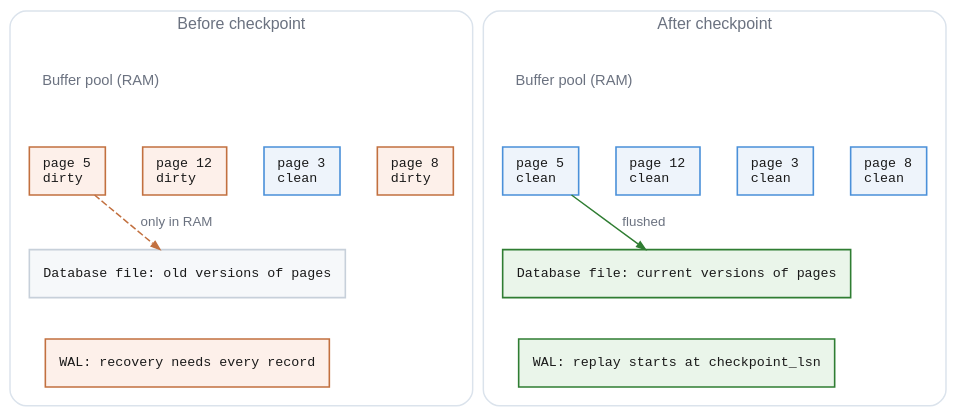
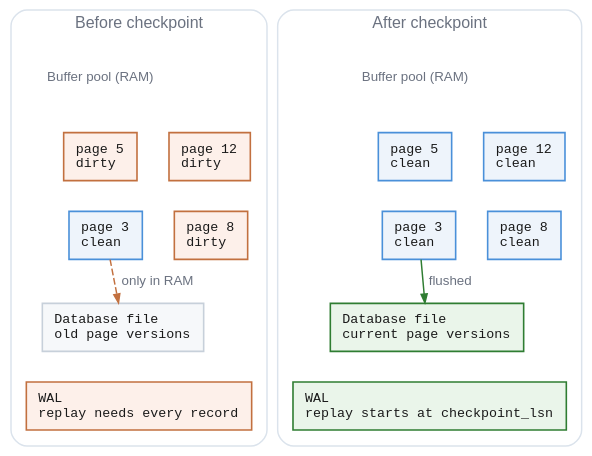
One commit to RANDOMFNP/latticedb changed the diagram in book/diagrams/checkpoint-before-after.dot. Above: the diagram before and after it, drawn with Graphviz. The commit also changed 55 other files, not shown here.

```diff
--- a/book/diagrams/checkpoint-before-after.dot
+++ b/book/diagrams/checkpoint-before-after.dot
@@ -1,58 +1,58 @@
 // A checkpoint flushes dirty frames to the database file and advances
 // checkpoint_lsn so recovery can ignore everything before it.
 digraph checkpoint_before_after {
   bgcolor="transparent"
   rankdir=TB
-  nodesep=0.2
-  ranksep=0.4
+  nodesep=0.16
+  ranksep=0.3
   fontname="Helvetica,Arial,sans-serif"
   node [shape=box style="filled" fillcolor="#eef4fb" color="#4a90d9"
         penwidth=1.2 fontname="Menlo,Consolas,monospace" fontsize=10
-        fontcolor="#1a1a1a" margin="0.14,0.10"]
+        fontcolor="#1a1a1a" margin="0.12,0.09"]
   edge [color="#6b7280" penwidth=1.1 arrowsize=0.65
         fontname="Helvetica,Arial,sans-serif" fontsize=10 fontcolor="#6b7280"]
 
   subgraph cluster_before {
     label="Before checkpoint"
     fontname="Helvetica,Arial,sans-serif" fontsize=12 fontcolor="#6b7280"
-    color="#dbe3ec" penwidth=1.1 style=rounded margin=14
+    color="#dbe3ec" penwidth=1.1 style=rounded margin=12
 
-    b_pool [label="Buffer pool (RAM)" shape=plaintext style="" fillcolor="transparent"
-            fontname="Helvetica,Arial,sans-serif" fontsize=11 fontcolor="#6b7280"]
+    b_pool [shape=plaintext style="" fillcolor="transparent" label="Buffer pool (RAM)"
+            fontname="Helvetica,Arial,sans-serif" fontsize=10 fontcolor="#6b7280"]
     b5  [label="page 5\ldirty\l"  fillcolor="#fdf0ea" color="#c2703f"]
     b12 [label="page 12\ldirty\l" fillcolor="#fdf0ea" color="#c2703f"]
     b3  [label="page 3\lclean\l"]
     b8  [label="page 8\ldirty\l"  fillcolor="#fdf0ea" color="#c2703f"]
-    { rank=same; b5 -> b12 -> b3 -> b8 [style=invis] }
+    { rank=same; b5 -> b12 [style=invis] }
+    { rank=same; b3 -> b8 [style=invis] }
     b_pool -> b5 [style=invis]
+    b5 -> b3 [style=invis]
 
-    b_file [label="Database file: old versions of pages"
-            fillcolor="#f6f8fa" color="#c7d0da"]
-    b_wal  [label="WAL: recovery needs every record"
-            fillcolor="#fdf0ea" color="#c2703f"]
-    b5 -> b_file [label="  only in RAM" color="#c2703f" style=dashed]
+    b_file [label="Database file\lold page versions\l" fillcolor="#f6f8fa" color="#c7d0da"]
+    b_wal  [label="WAL\lreplay needs every record\l" fillcolor="#fdf0ea" color="#c2703f"]
+    b3 -> b_file [label="  only in RAM" color="#c2703f" style=dashed]
     b_file -> b_wal [style=invis]
   }
 
   subgraph cluster_after {
     label="After checkpoint"
     fontname="Helvetica,Arial,sans-serif" fontsize=12 fontcolor="#6b7280"
-    color="#dbe3ec" penwidth=1.1 style=rounded margin=14
+    color="#dbe3ec" penwidth=1.1 style=rounded margin=12
 
-    a_pool [label="Buffer pool (RAM)" shape=plaintext style="" fillcolor="transparent"
-            fontname="Helvetica,Arial,sans-serif" fontsize=11 fontcolor="#6b7280"]
+    a_pool [shape=plaintext style="" fillcolor="transparent" label="Buffer pool (RAM)"
+            fontname="Helvetica,Arial,sans-serif" fontsize=10 fontcolor="#6b7280"]
     a5  [label="page 5\lclean\l"]
     a12 [label="page 12\lclean\l"]
     a3  [label="page 3\lclean\l"]
     a8  [label="page 8\lclean\l"]
-    { rank=same; a5 -> a12 -> a3 -> a8 [style=invis] }
+    { rank=same; a5 -> a12 [style=invis] }
+    { rank=same; a3 -> a8 [style=invis] }
     a_pool -> a5 [style=invis]
+    a5 -> a3 [style=invis]
 
-    a_file [label="Database file: current versions of pages"
-            fillcolor="#eaf5ea" color="#2f7d32"]
-    a_wal  [label="WAL: replay starts at checkpoint_lsn"
-            fillcolor="#eaf5ea" color="#2f7d32"]
-    a5 -> a_file [label="  flushed" color="#2f7d32"]
+    a_file [label="Database file\lcurrent page versions\l" fillcolor="#eaf5ea" color="#2f7d32"]
+    a_wal  [label="WAL\lreplay starts at checkpoint_lsn\l" fillcolor="#eaf5ea" color="#2f7d32"]
+    a3 -> a_file [label="  flushed" color="#2f7d32"]
     a_file -> a_wal [style=invis]
   }
 }
```
